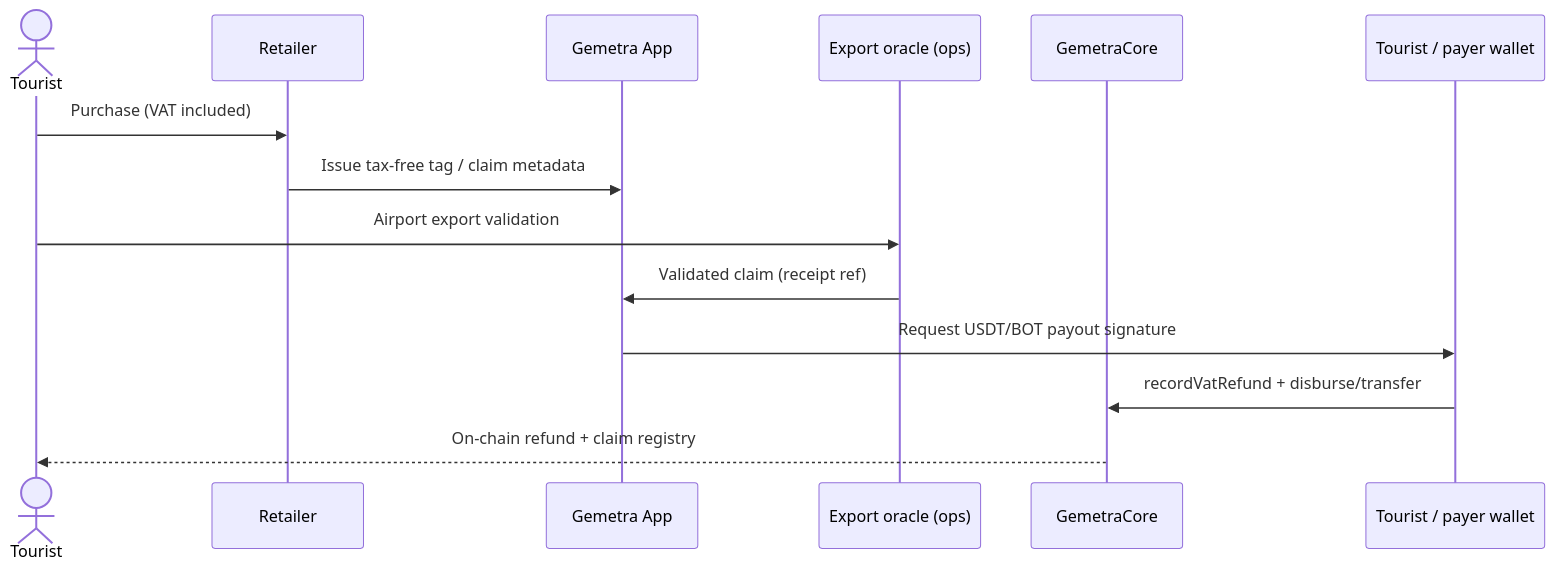
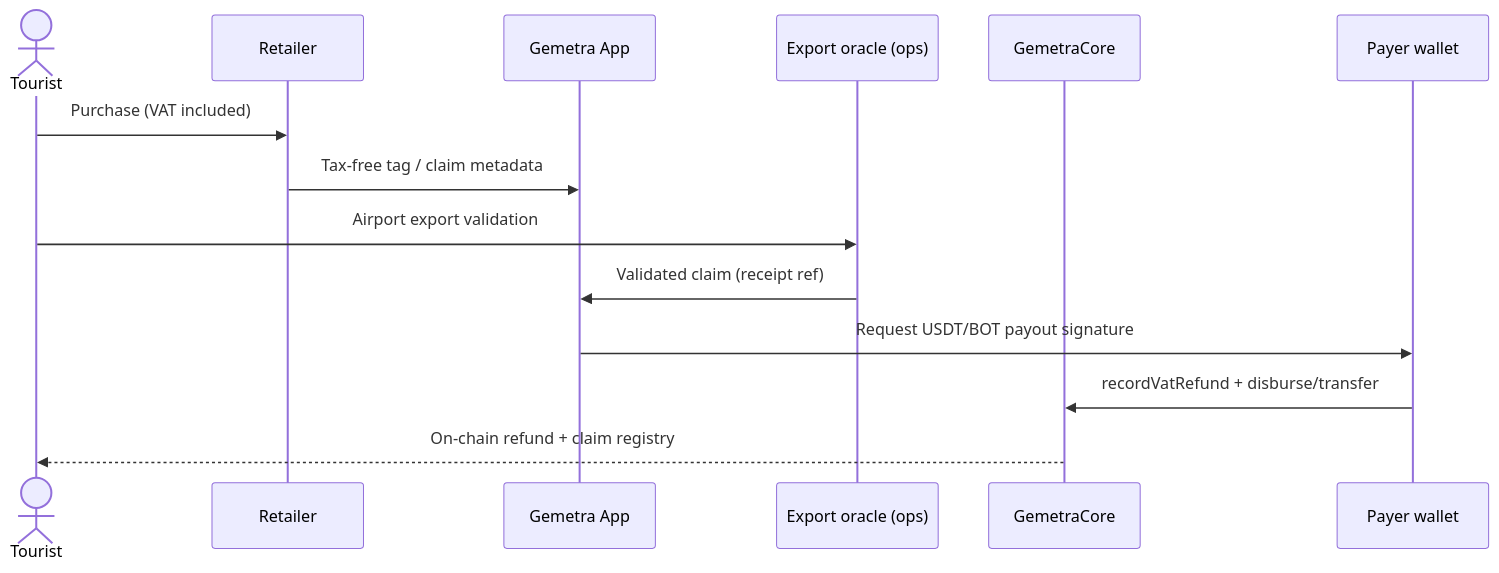
The third of 5 diagrams in README.md (AmaanSayyad/Gemetra-BotChain), drawn with Mermaid before and after one commit. The commit also changed other lines of this file and 4 other files, not shown here.

````diff
--- a/README.md
+++ b/README.md
@@ -140,17 +136,17 @@
 ```mermaid
 sequenceDiagram
   actor Tourist
   participant Retailer
   participant Gemetra as Gemetra App
   participant Oracle as Export oracle (ops)
   participant Core as GemetraCore
-  participant Wallet as Tourist / payer wallet
+  participant Wallet as Payer wallet
 
   Tourist->>Retailer: Purchase (VAT included)
-  Retailer->>Gemetra: Issue tax-free tag / claim metadata
+  Retailer->>Gemetra: Tax-free tag / claim metadata
   Tourist->>Oracle: Airport export validation
   Oracle->>Gemetra: Validated claim (receipt ref)
   Gemetra->>Wallet: Request USDT/BOT payout signature
   Wallet->>Core: recordVatRefund + disburse/transfer
   Core-->>Tourist: On-chain refund + claim registry
 ```
````
